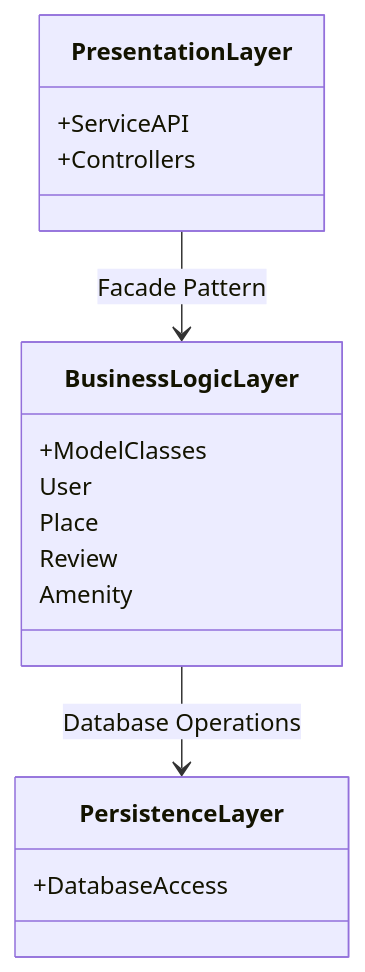
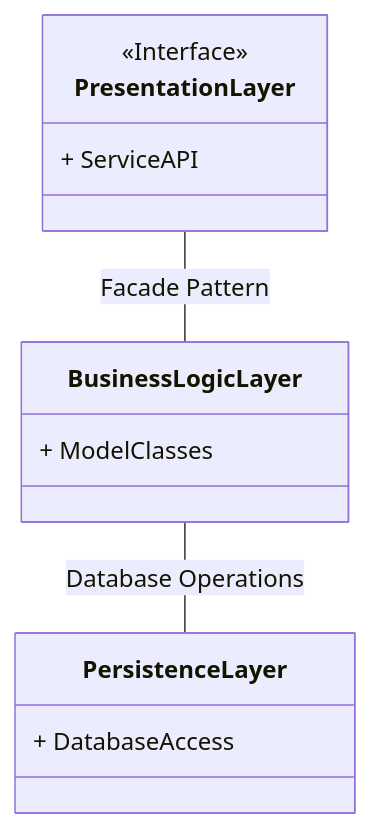
The diagram in PackageDiagram.mmd (Maniok19/holbertonschool-hbnb), drawn with Mermaid before and after one commit. The commit also changed 2 other files, not shown here.

Commit message:
superbe diagrame creation

```diff
--- a/PackageDiagram.mmd
+++ b/PackageDiagram.mmd
@@ -1,17 +1,13 @@
 classDiagram
-class PresentationLayer {
-    +ServiceAPI
-    +Controllers
-}
-class BusinessLogicLayer {
-    +ModelClasses
-    User
-    Place
-    Review
-    Amenity
-}
-class PersistenceLayer {
-    +DatabaseAccess
-}
-PresentationLayer --> BusinessLogicLayer : Facade Pattern
-BusinessLogicLayer --> PersistenceLayer : Database Operations
+  class PresentationLayer {
+    <<Interface>>
+    + ServiceAPI
+  }
+  class BusinessLogicLayer {
+    + ModelClasses
+  }
+  class PersistenceLayer {
+    + DatabaseAccess
+  }
+  PresentationLayer -- BusinessLogicLayer : Facade Pattern
+  BusinessLogicLayer -- PersistenceLayer : Database Operations
```
